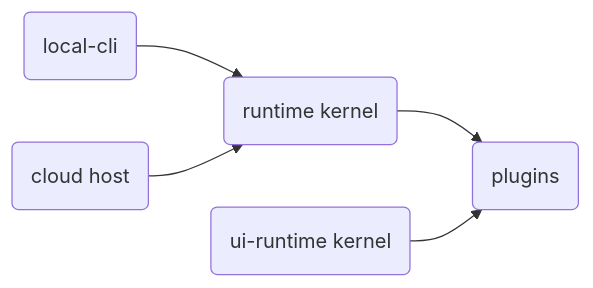
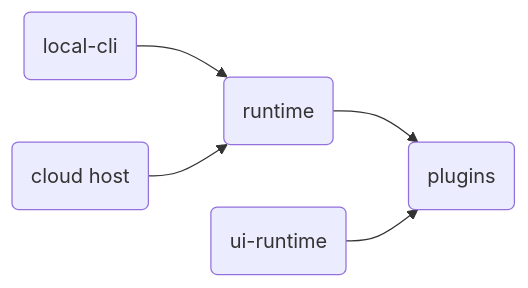
Before and after one commit to buildautomaton/buildautomaton: the diagram in docs/index.md, drawn with Mermaid. The commit also changed other lines of this file and 820 other files, not shown here.

````diff
--- a/docs/index.md
+++ b/docs/index.md
@@ -21,12 +22,12 @@
 ```mermaid
 flowchart LR
   local("local-cli")
   cloud("cloud host")
-  runtime("runtime kernel")
-  uiRuntime("ui-runtime kernel")
+  runtime("runtime")
+  uiRuntime("ui-runtime")
   plugins("plugins")
   local --> runtime
   cloud --> runtime
   runtime --> plugins
   uiRuntime --> plugins
 ```
````
